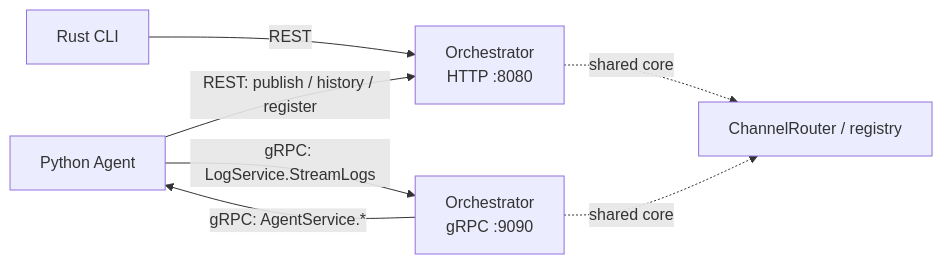
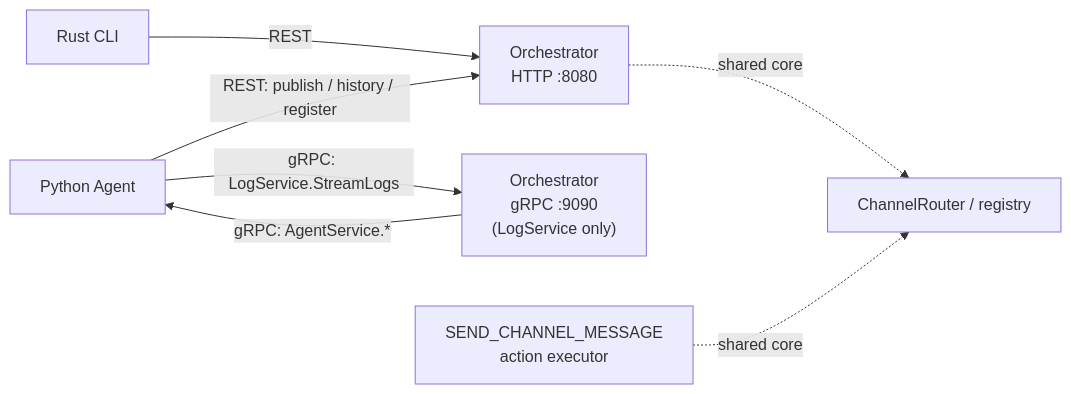
Before and after one commit to mkhomutov/Persatrix: the first of 2 diagrams in docs/rfcs/0040-agent-orchestrator-transport-unification.md, drawn with Mermaid. The commit also changed other lines of this file and 1 other file, not shown here.

First line of the commit message:
docs(rfcs): RFC 0040 review pass — fix current-state diagram, dedupe Migration Path

````diff
--- a/docs/rfcs/0040-agent-orchestrator-transport-unification.md
+++ b/docs/rfcs/0040-agent-orchestrator-transport-unification.md
@@ -97,9 +97,9 @@
 ```mermaid
 flowchart LR
     CLI["Rust CLI"] -->|REST| OrchHTTP["Orchestrator<br/>HTTP :8080"]
     Agent["Python Agent"] -->|"REST: publish / history / register"| OrchHTTP
-    Agent -->|"gRPC: LogService.StreamLogs"| OrchGRPC["Orchestrator<br/>gRPC :9090"]
+    Agent -->|"gRPC: LogService.StreamLogs"| OrchGRPC["Orchestrator<br/>gRPC :9090<br/>(LogService only)"]
     OrchGRPC -->|"gRPC: AgentService.*"| Agent
     OrchHTTP -.->|"shared core"| Router["ChannelRouter / registry"]
-    OrchGRPC -.->|"shared core"| Router
+    ActionExec["SEND_CHANNEL_MESSAGE<br/>action executor"] -.->|"shared core"| Router
 ```
````
